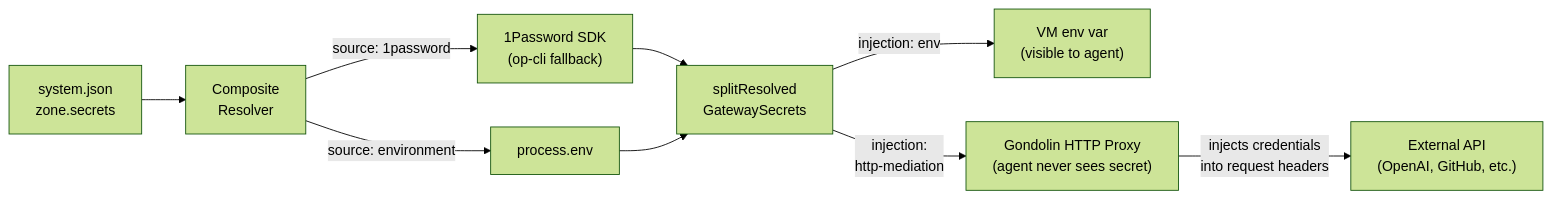
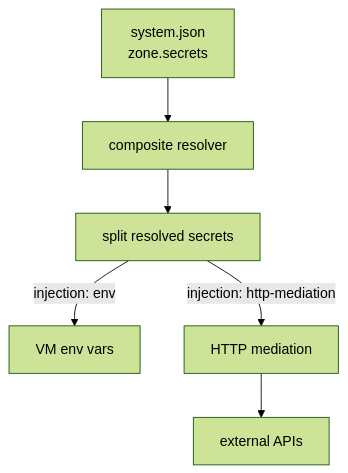
One commit to ShravanSunder/agent-vm changed the first of 4 diagrams in docs/architecture/overview.md. Above: the diagram before and after it, drawn with Mermaid (forest theme). The commit also changed other lines of this file and 297 other files, not shown here.

````diff
--- a/docs/architecture/overview.md
+++ b/docs/architecture/overview.md
@@ -66,11 +78,16 @@
 ```mermaid
-flowchart LR
-    Config["system.json\nzone.secrets"] --> Resolver["Composite\nResolver"]
-    Resolver -->|"source: 1password"| OP["1Password SDK\n(op-cli fallback)"]
-    Resolver -->|"source: environment"| Env["process.env"]
-    OP --> Split["splitResolved\nGatewaySecrets"]
-    Env --> Split
-    Split -->|"injection: env"| VMEnv["VM env var\n(visible to agent)"]
-    Split -->|"injection:\nhttp-mediation"| Proxy["Gondolin HTTP Proxy\n(agent never sees secret)"]
-    Proxy -->|"injects credentials\ninto request headers"| ExtAPI["External API\n(OpenAI, GitHub, etc.)"]
+flowchart TB
+    config["system.json
+zone.secrets"]
+    resolver["composite resolver"]
+    split["split resolved secrets"]
+    env["VM env vars"]
+    mediation["HTTP mediation"]
+    external["external APIs"]
+
+    config --> resolver
+    resolver --> split
+    split -->|"injection: env"| env
+    split -->|"injection: http-mediation"| mediation
+    mediation --> external
 ```
````
